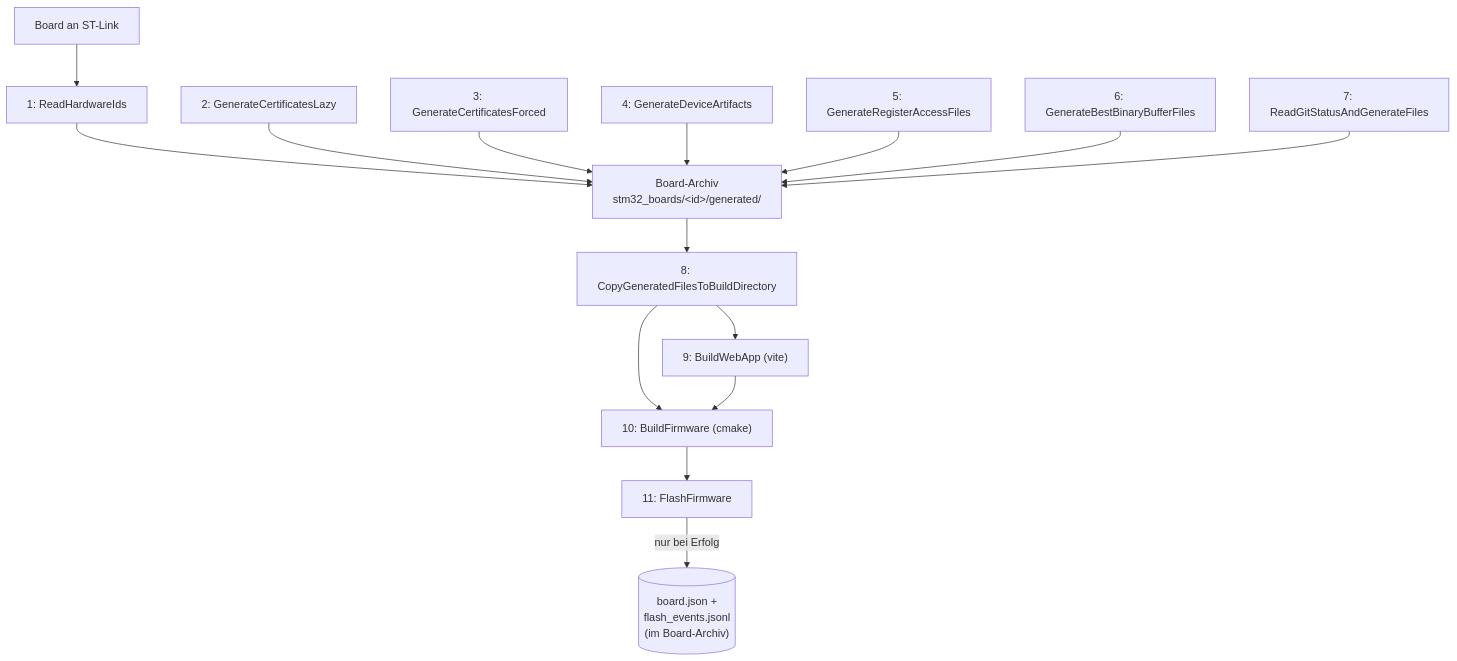
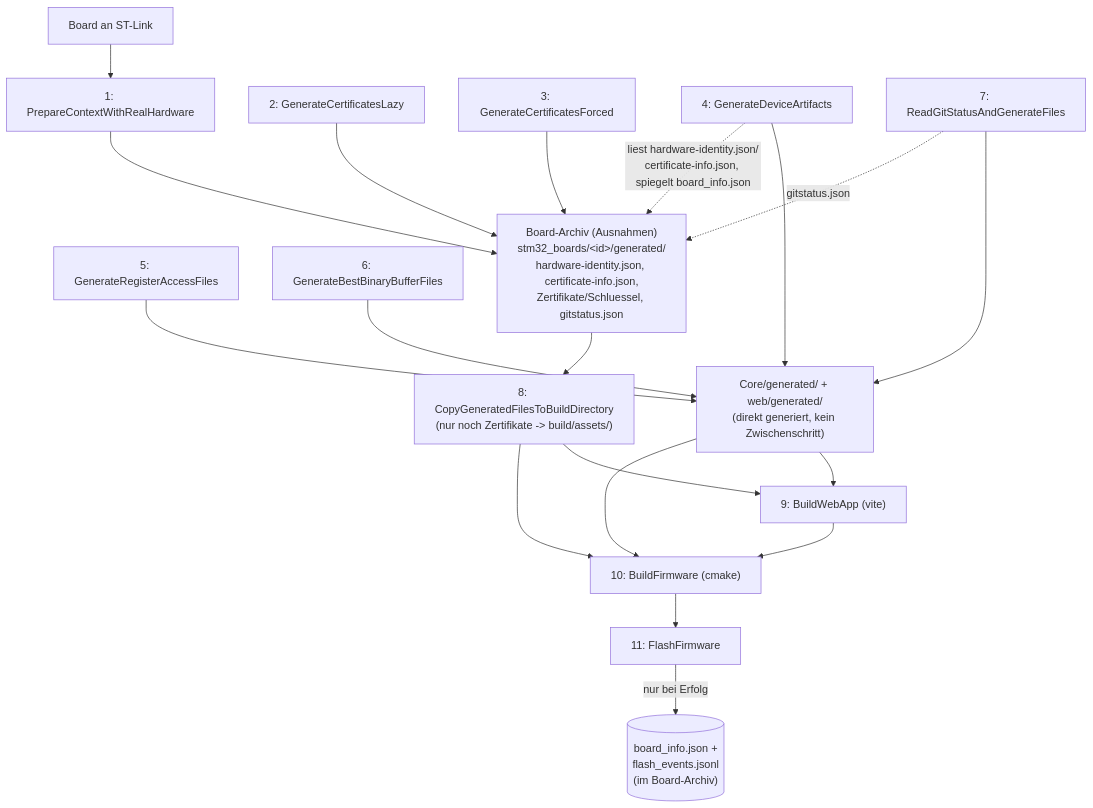
The diagram in firmware_factory_control_unit/docs/build-process.md (klaus-liebler/factory_in_a_box), drawn with Mermaid before and after one commit. The commit also changed other lines of this file and 6 other files, not shown here.

````diff
--- a/firmware_factory_control_unit/docs/build-process.md
+++ b/firmware_factory_control_unit/docs/build-process.md
@@ -114,32 +125,37 @@
 ```mermaid
 flowchart TD
     HW["Board an ST-Link"]
-    HWID["1: ReadHardwareIds"]
+    HWID["1: PrepareContextWithRealHardware"]
     CERTL["2: GenerateCertificatesLazy"]
     CERTF["3: GenerateCertificatesForced"]
     ART["4: GenerateDeviceArtifacts"]
     RM["5: GenerateRegisterAccessFiles"]
     WSP["6: GenerateBestBinaryBufferFiles"]
     GS["7: ReadGitStatusAndGenerateFiles"]
-    ARCHIVE["Board-Archiv\nstm32_boards/&lt;id&gt;/generated/"]
-    COPY["8: CopyGeneratedFilesToBuildDirectory"]
+    ARCHIVE["Board-Archiv (Ausnahmen)\nstm32_boards/&lt;id&gt;/generated/\nhardware-identity.json, certificate-info.json,\nZertifikate/Schluessel, gitstatus.json"]
+    PROJECT["Core/generated/ + web/generated/\n(direkt generiert, kein Zwischenschritt)"]
+    COPY["8: CopyGeneratedFilesToBuildDirectory\n(nur noch Zertifikate -> build/assets/)"]
     WEB["9: BuildWebApp (vite)"]
     FW["10: BuildFirmware (cmake)"]
     FLASH["11: FlashFirmware"]
-    BOARDJSON[("board.json +\nflash_events.jsonl\n(im Board-Archiv)")]
+    BOARDJSON[("board_info.json +\nflash_events.jsonl\n(im Board-Archiv)")]
 
     HW --> HWID
     HWID --> ARCHIVE
     CERTL --> ARCHIVE
     CERTF --> ARCHIVE
-    ART --> ARCHIVE
-    RM --> ARCHIVE
-    WSP --> ARCHIVE
-    GS --> ARCHIVE
+    ART --> PROJECT
+    ART -.->|"liest hardware-identity.json/\ncertificate-info.json, spiegelt board_info.json"| ARCHIVE
+    RM --> PROJECT
+    WSP --> PROJECT
+    GS --> PROJECT
+    GS -.->|"gitstatus.json"| ARCHIVE
     ARCHIVE --> COPY
+    PROJECT --> WEB
     COPY --> WEB
+    PROJECT --> FW
     COPY --> FW
     WEB --> FW
     FW --> FLASH
     FLASH -->|"nur bei Erfolg"| BOARDJSON
 ```
````
